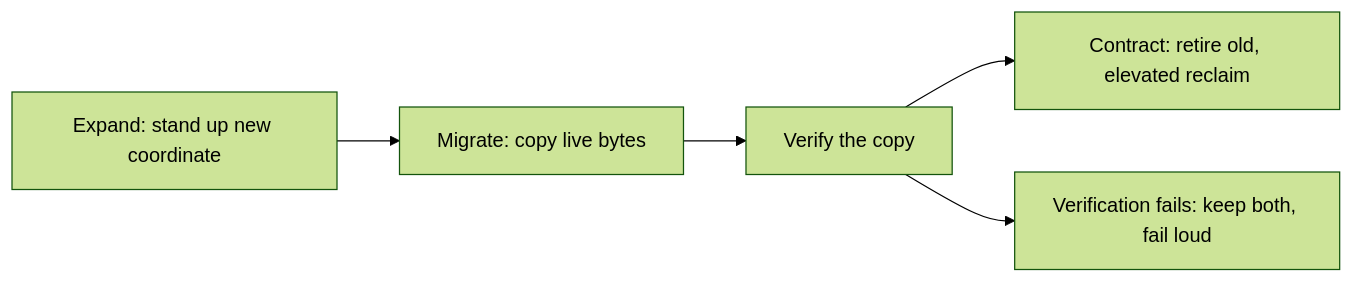
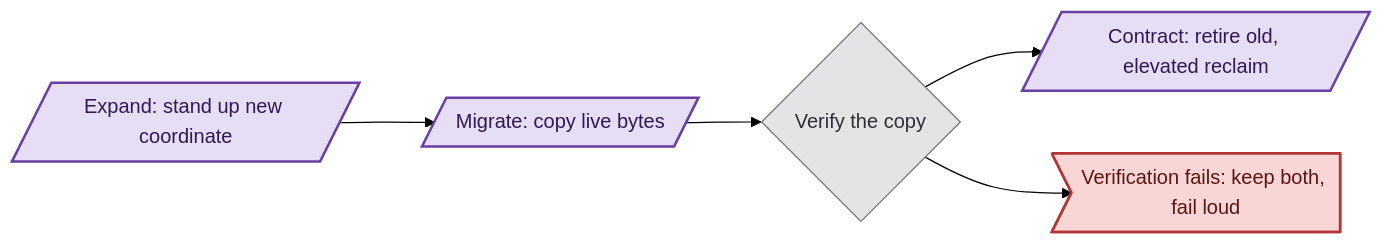
The diagram in documents/engineering/inforcespec_migration_doctrine.md (Tuee22/amoebius), drawn with Mermaid (forest theme) before and after one commit. The commit also changed other lines of this file and 36 other files, not shown here.

````diff
--- a/documents/engineering/inforcespec_migration_doctrine.md
+++ b/documents/engineering/inforcespec_migration_doctrine.md
@@ -204,7 +206,10 @@
 ```mermaid
 flowchart LR
-  expand[Expand: stand up new coordinate] --> migrate[Migrate: copy live bytes]
-  migrate --> verify[Verify the copy]
-  verify --> contract[Contract: retire old, elevated reclaim]
-  verify --> abort[Verification fails: keep both, fail loud]
+  expand[/"Expand: stand up new coordinate"/]:::effect --> migrate[/"Migrate: copy live bytes"/]:::effect
+  migrate --> verify{"Verify the copy"}:::runtime
+  verify --> contract[/"Contract: retire old, elevated reclaim"/]:::effect
+  verify --> abort>"Verification fails: keep both, fail loud"]:::refuse
+  classDef effect   fill:#e7ddf5,stroke:#6b3fa0,color:#2f1a52,stroke-width:2px
+  classDef runtime  fill:#e4e4e7,stroke:#71717a,color:#2f2f35,stroke-width:1px
+  classDef refuse   fill:#f8d6d6,stroke:#b23636,color:#5c1414,stroke-width:2px
 ```
````
